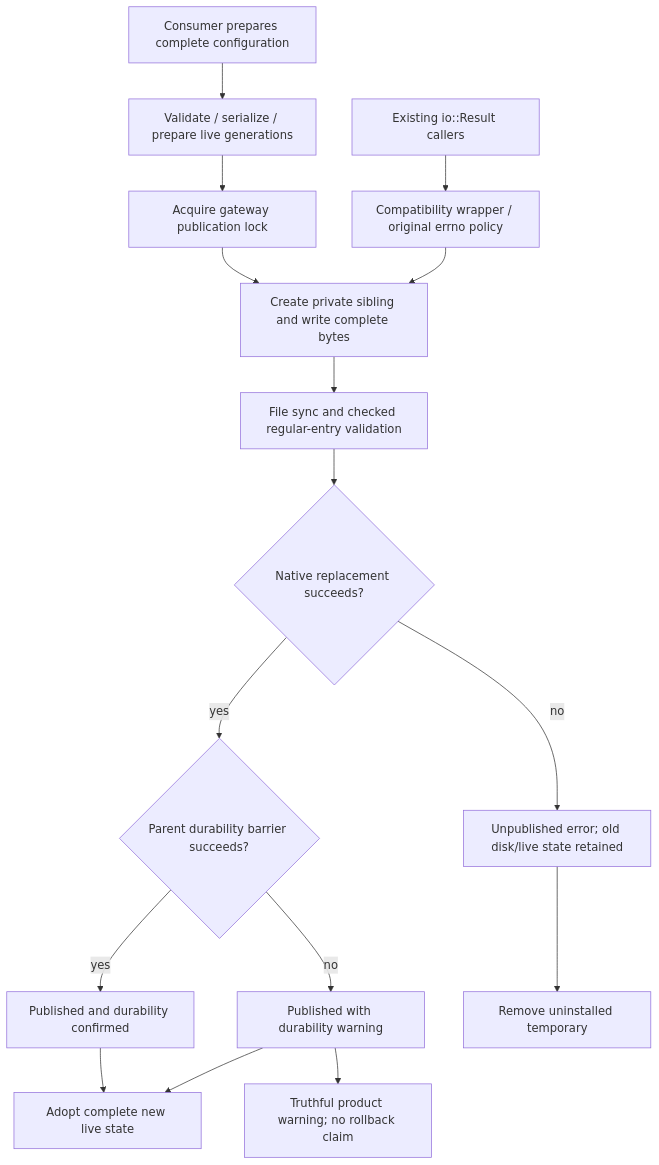
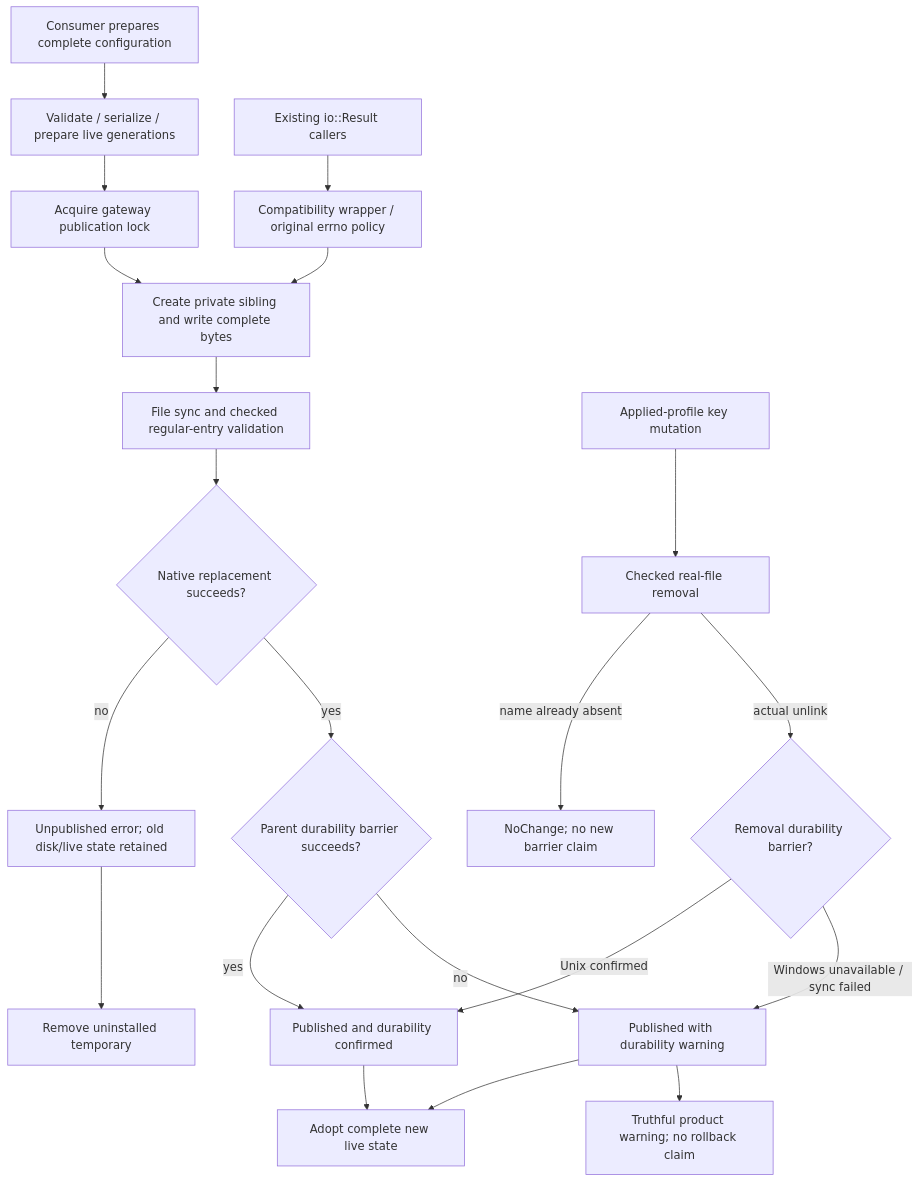
Before and after one commit to partnernetsoftware/minicon: the diagram in prd/PRD_02_28_02_private_publication.md, drawn with Mermaid. The commit also changed other lines of this file and 12 other files, not shown here.

````diff
--- a/prd/PRD_02_28_02_private_publication.md
+++ b/prd/PRD_02_28_02_private_publication.md
@@ -37,17 +42,22 @@
 ```mermaid
 flowchart TD
     C[Consumer prepares complete configuration] --> V[Validate / serialize / prepare live generations]
     V --> L[Acquire gateway publication lock]
     L --> T[Create private sibling and write complete bytes]
     T --> S[File sync and checked regular-entry validation]
     S --> R{Native replacement succeeds?}
     R -->|no| OLD[Unpublished error; old disk/live state retained]
     R -->|yes| D{Parent durability barrier succeeds?}
     D -->|yes| OK[Published and durability confirmed]
     D -->|no| WARN[Published with durability warning]
     OK & WARN --> NEW[Adopt complete new live state]
     WARN --> UI[Truthful product warning; no rollback claim]
     OLD --> CLEAN[Remove uninstalled temporary]
     LEGACY[Existing io::Result callers] --> WRAP[Compatibility wrapper / original errno policy]
     WRAP --> T
+    KEY[Applied-profile key mutation] --> REMOVE[Checked real-file removal]
+    REMOVE -->|name already absent| NOCHANGE[NoChange; no new barrier claim]
+    REMOVE -->|actual unlink| RB{Removal durability barrier?}
+    RB -->|Unix confirmed| OK
+    RB -->|Windows unavailable / sync failed| WARN
 ```
````
